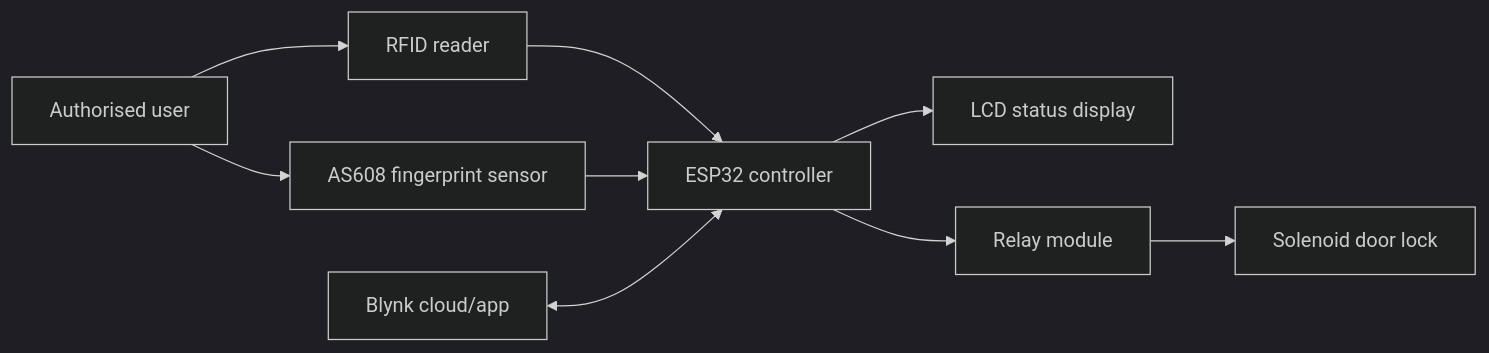
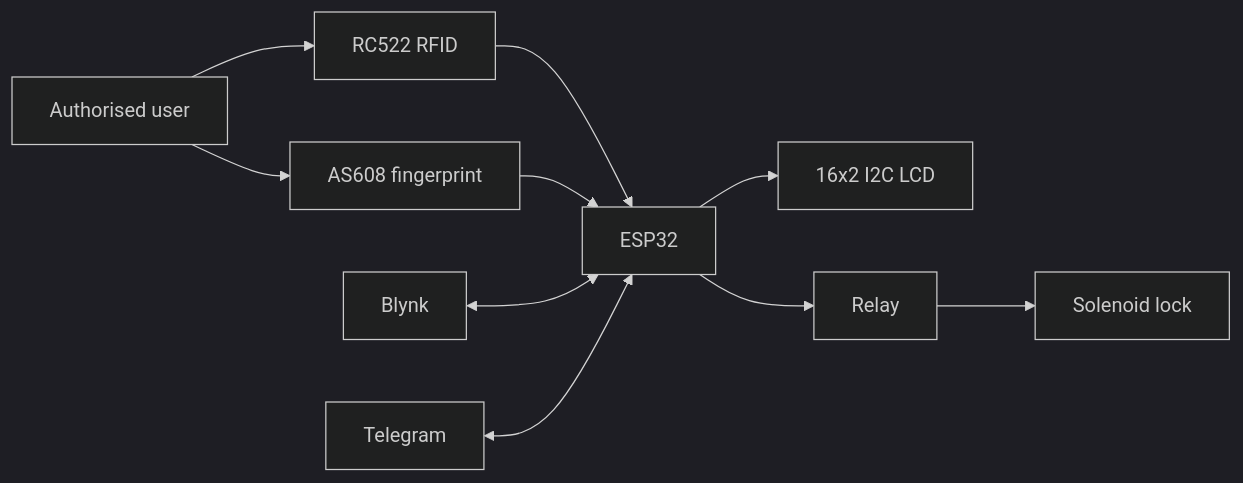
Before and after one commit to Alepz27/PTA-Smart-Door: the diagram in README.md, drawn with Mermaid (dark theme). The commit also changed other lines of this file, not shown here.

```diff
--- a/README.md
+++ b/README.md
@@ -18,11 +16,12 @@
 ~~~mermaid
 flowchart LR
-  User[Authorised user] --> RFID[RFID reader]
-  User --> Fingerprint[AS608 fingerprint sensor]
-  RFID --> ESP32[ESP32 controller]
-  Fingerprint --> ESP32
-  Blynk[Blynk cloud/app] <--> ESP32
-  ESP32 --> LCD[LCD status display]
-  ESP32 --> Relay[Relay module]
-  Relay --> Lock[Solenoid door lock]
+  User[Authorised user] --> RFID[RC522 RFID]
+  User --> FP[AS608 fingerprint]
+  RFID --> ESP32[ESP32]
+  FP --> ESP32
+  Blynk[Blynk] <--> ESP32
+  Telegram[Telegram] <--> ESP32
+  ESP32 --> LCD[16x2 I2C LCD]
+  ESP32 --> Relay[Relay]
+  Relay --> Lock[Solenoid lock]
 ~~~
```
